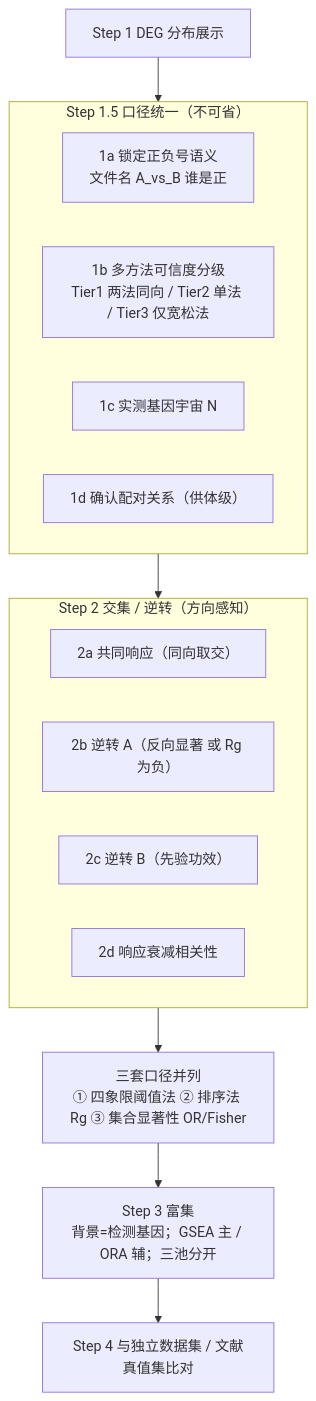
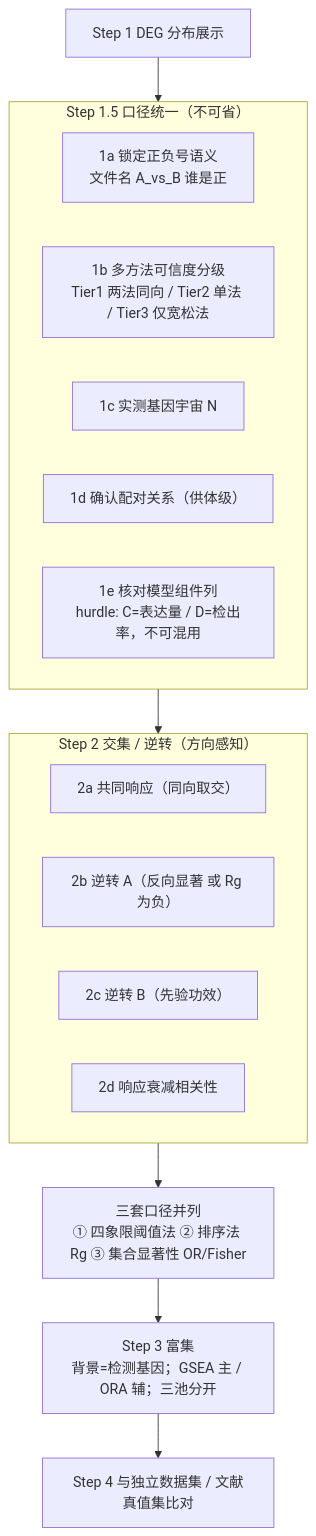
The diagram in memomics_home/skills/bioinformatics/cross-contrast-deg-integration/SKILL.md (GGbond-bo/MemOmics-Agent), drawn with Mermaid before and after one commit. The commit also changed other lines of this file and 718 other files, not shown here.

````diff
--- a/memomics_home/skills/bioinformatics/cross-contrast-deg-integration/SKILL.md
+++ b/memomics_home/skills/bioinformatics/cross-contrast-deg-integration/SKILL.md
@@ -54,20 +92,21 @@
 ```mermaid
 flowchart TD
     S1["Step 1 DEG 分布展示"] --> S15
     subgraph S15["Step 1.5 口径统一（不可省）"]
       A1["1a 锁定正负号语义<br/>文件名 A_vs_B 谁是正"]
       A2["1b 多方法可信度分级<br/>Tier1 两法同向 / Tier2 单法 / Tier3 仅宽松法"]
       A3["1c 实测基因宇宙 N"]
       A4["1d 确认配对关系（供体级）"]
+      A5["1e 核对模型组件列<br/>hurdle: C=表达量 / D=检出率，不可混用"]
     end
     S15 --> S2
     subgraph S2["Step 2 交集 / 逆转（方向感知）"]
       B1["2a 共同响应（同向取交）"]
       B2["2b 逆转 A（反向显著 或 Rg 为负）"]
       B3["2c 逆转 B（先验功效）"]
       B4["2d 响应衰减相关性"]
     end
     S2 --> M["三套口径并列<br/>① 四象限阈值法 ② 排序法 Rg ③ 集合显著性 OR/Fisher"]
     M --> S3["Step 3 富集<br/>背景=检测基因；GSEA 主 / ORA 辅；三池分开"]
     S3 --> S4["Step 4 与独立数据集 / 文献真值集比对"]
 ```
````
